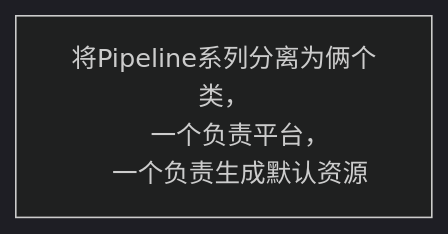
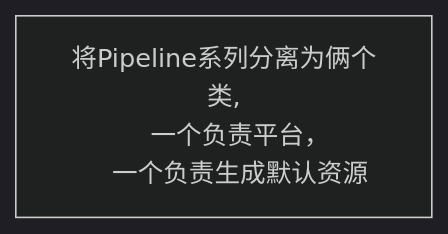
Before and after one commit to MaaBlock/FCT: the fourth of 4 diagrams in TODO.md, drawn with Mermaid (dark theme). The commit also changed other lines of this file and 16 other files, not shown here.

````diff
--- a/TODO.md
+++ b/TODO.md
@@ -62,6 +62,6 @@
 ```mermaid
 graph TD
-    1[将Pipeline系列分离为俩个类，
+    1[将Pipeline系列分离为俩个类,
     一个负责平台，
     一个负责生成默认资源]
 ```
````
